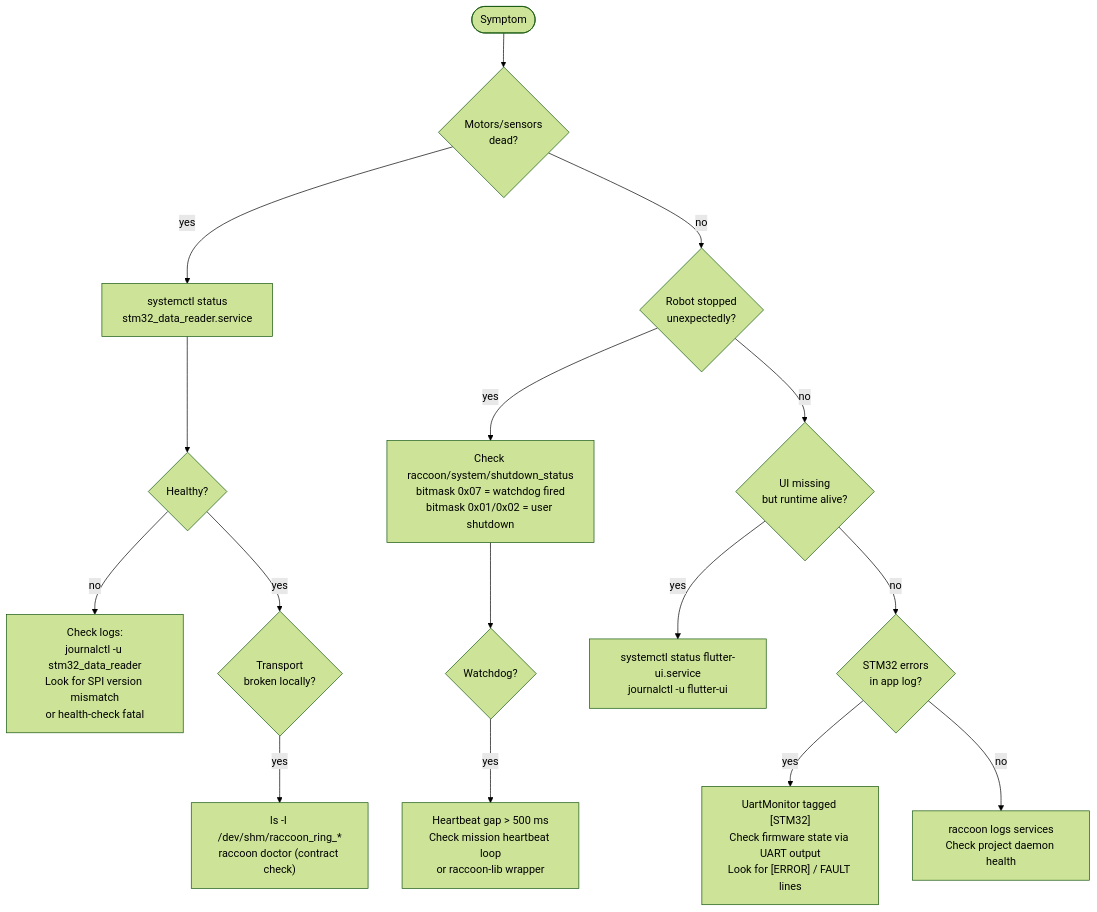
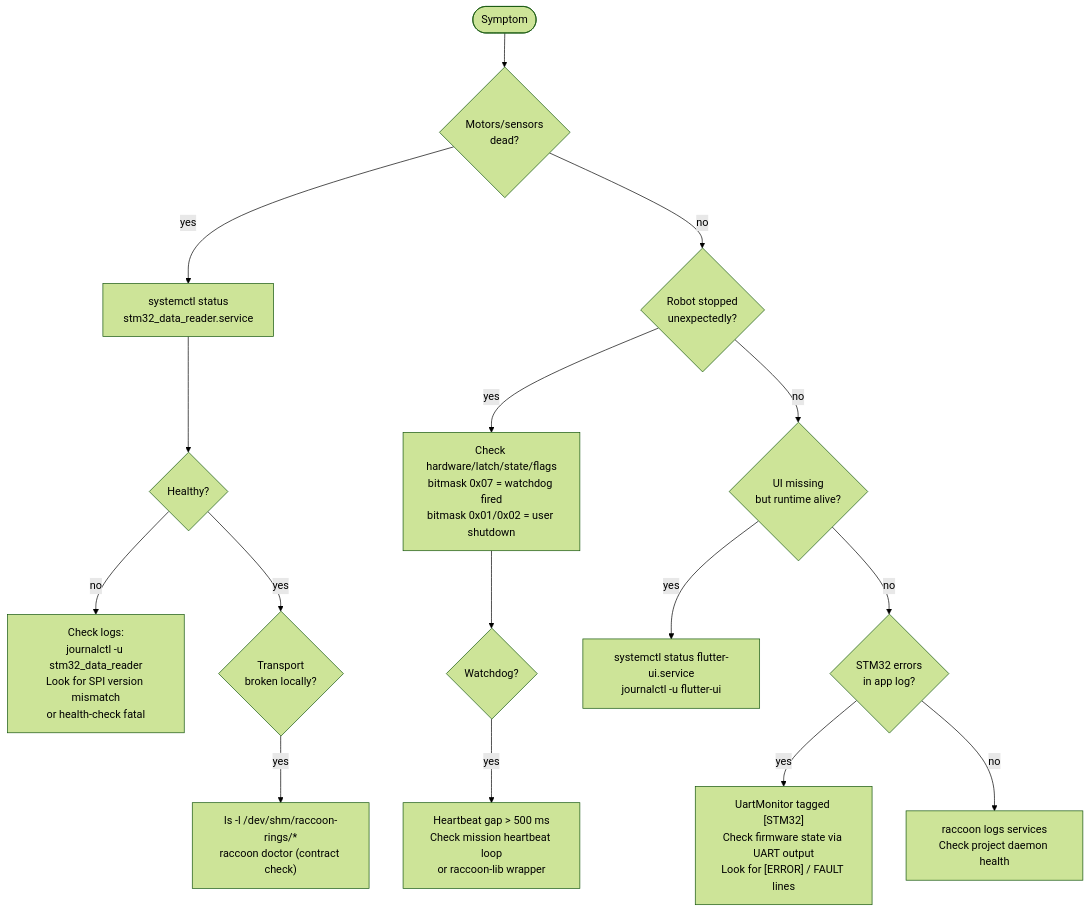
One commit to htl-stp-ecer/documentation changed the third of 3 diagrams in content/06-advanced/04-firmware/robot-services-and-systemd.md. Above: the diagram before and after it, drawn with Mermaid (forest theme). The commit also changed other lines of this file and 18 other files, not shown here.

````diff
--- a/content/06-advanced/04-firmware/robot-services-and-systemd.md
+++ b/content/06-advanced/04-firmware/robot-services-and-systemd.md
@@ -430,18 +429,18 @@
 ```mermaid
 flowchart TD
     START([Symptom]) --> Q1{Motors/sensors\ndead?}
     Q1 -- yes --> A1["systemctl status\nstm32_data_reader.service"]
     A1 --> A2{Healthy?}
     A2 -- no --> A3["Check logs:\njournalctl -u stm32_data_reader\nLook for SPI version mismatch\nor health-check fatal"]
     A2 -- yes --> Q2{Transport\nbroken locally?}
-    Q2 -- yes --> B1["ls -l /dev/shm/raccoon_ring_*\nraccoon doctor (contract check)"]
+    Q2 -- yes --> B1["ls -l /dev/shm/raccoon-rings/*\nraccoon doctor (contract check)"]
     Q1 -- no --> Q3{Robot stopped\nunexpectedly?}
-    Q3 -- yes --> C1["Check raccoon/system/shutdown_status\nbitmask 0x07 = watchdog fired\nbitmask 0x01/0x02 = user shutdown"]
+    Q3 -- yes --> C1["Check hardware/latch/state/flags\nbitmask 0x07 = watchdog fired\nbitmask 0x01/0x02 = user shutdown"]
     C1 --> C2{Watchdog?}
     C2 -- yes --> C3["Heartbeat gap > 500 ms\nCheck mission heartbeat loop\nor raccoon-lib wrapper"]
     Q3 -- no --> Q4{UI missing\nbut runtime alive?}
     Q4 -- yes --> D1["systemctl status flutter-ui.service\njournalctl -u flutter-ui"]
     Q4 -- no --> Q5{STM32 errors\nin app log?}
     Q5 -- yes --> E1["UartMonitor tagged [STM32]\nCheck firmware state via UART output\nLook for [ERROR] / FAULT lines"]
     Q5 -- no --> F1["raccoon logs services\nCheck project daemon health"]
 ```
````
